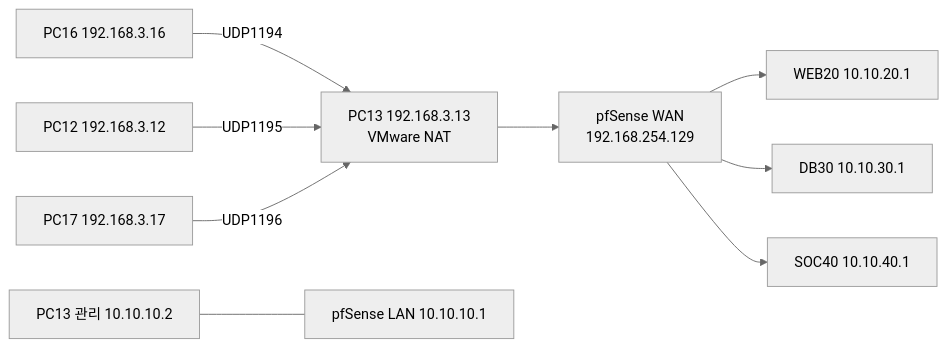
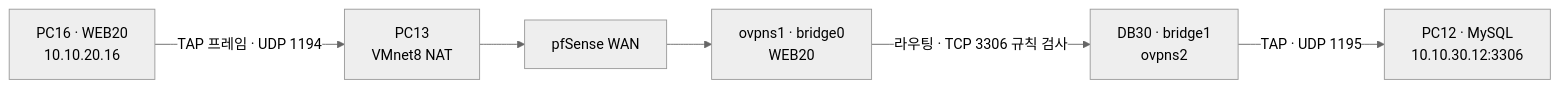
Before and after one commit to Elarin22/bastionpay_: the diagram in README.md, drawn with Mermaid (neutral theme). The commit also changed other lines of this file and 28 other files, not shown here.

````diff
--- a/README.md
+++ b/README.md
@@ -99,11 +138,8 @@
 ```mermaid
 flowchart LR
-  W[PC16 192.168.3.16] -->|UDP1194| H[PC13 192.168.3.13<br/>VMware NAT]
-  D[PC12 192.168.3.12] -->|UDP1195| H
-  S[PC17 192.168.3.17] -->|UDP1196| H
-  H --> F[pfSense WAN<br/>192.168.254.129]
-  F --> B1[WEB20 10.10.20.1]
-  F --> B2[DB30 10.10.30.1]
-  F --> B3[SOC40 10.10.40.1]
-  M[PC13 관리 10.10.10.2] --- L[pfSense LAN 10.10.10.1]
+    W["PC16 · WEB20<br/>10.10.20.16"] -->|"TAP 프레임 · UDP 1194"| H["PC13<br/>VMnet8 NAT"]
+    H --> F["pfSense WAN"]
+    F --> B["ovpns1 · bridge0<br/>WEB20"]
+    B -->|"라우팅 · TCP 3306 규칙 검사"| D["DB30 · bridge1<br/>ovpns2"]
+    D -->|"TAP · UDP 1195"| M["PC12 · MySQL<br/>10.10.30.12:3306"]
 ```
````
